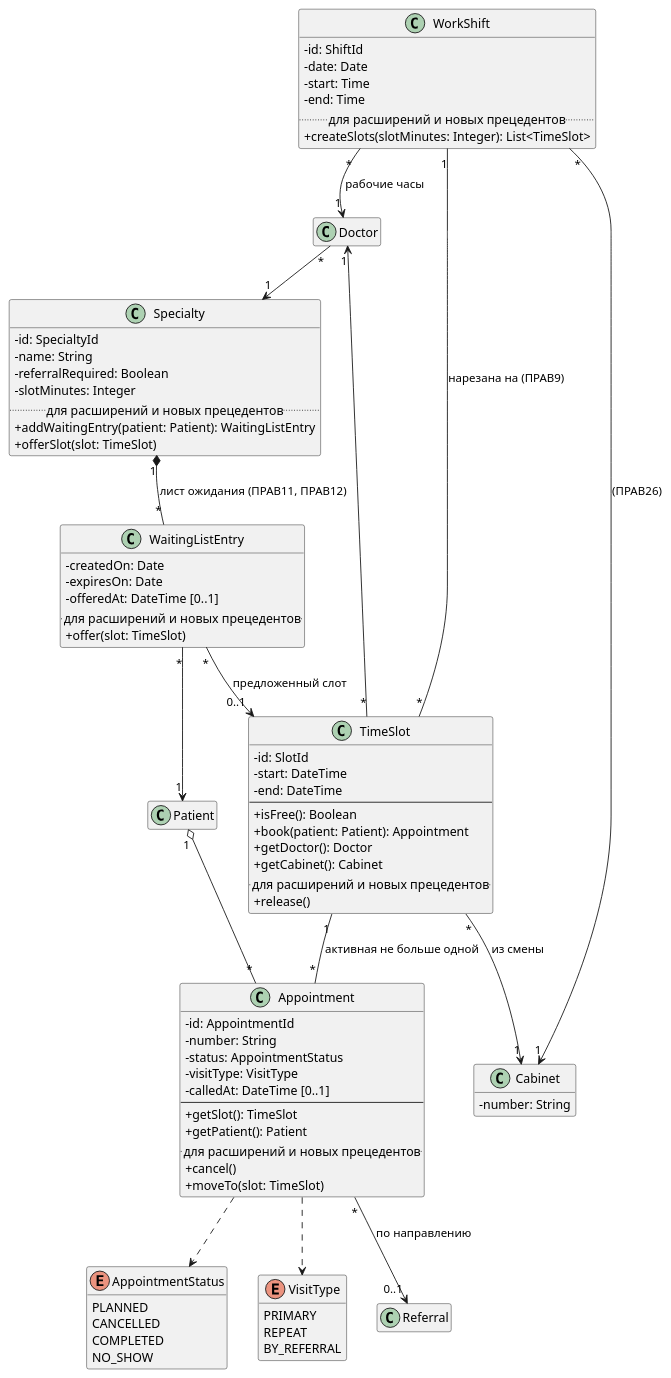
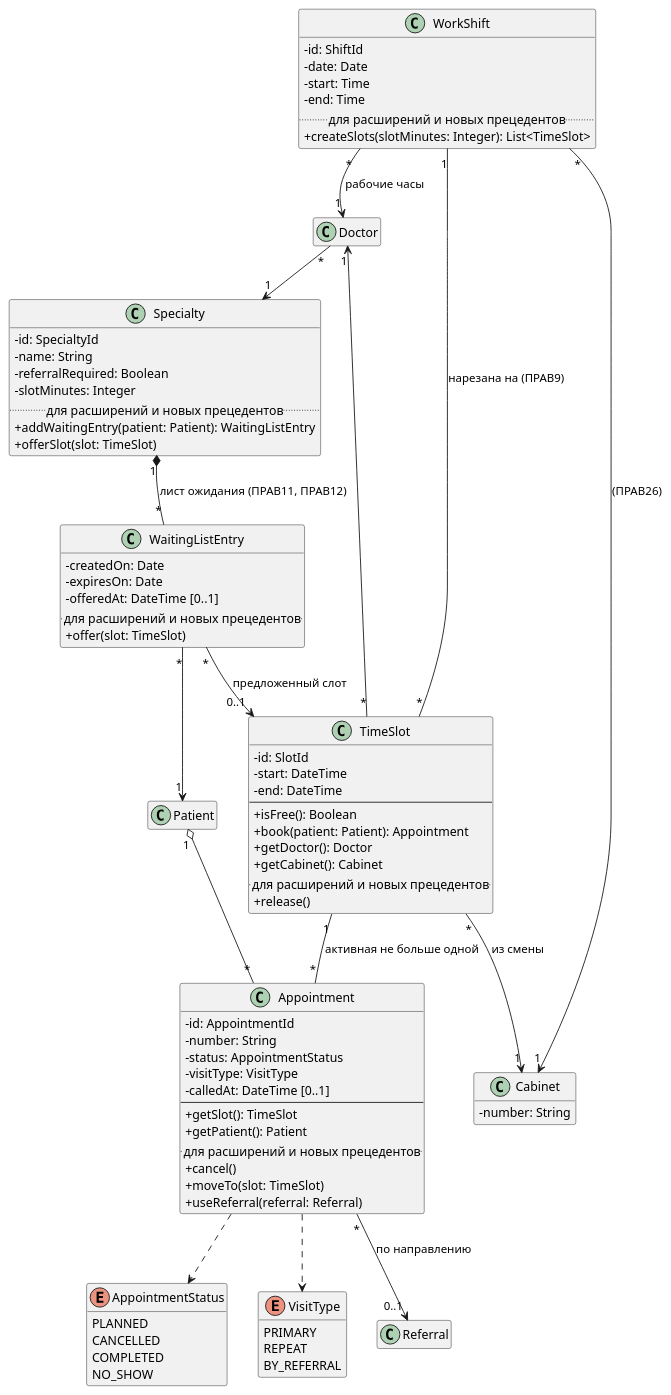
Before and after one commit to penamarth/bsbo-11-24_team3_var3_clinic: the fifth of 8 diagrams in Диаграмма классов.md, drawn with PlantUML. The commit also changed other lines of this file and 3 other files, not shown here.

```diff
--- a/Диаграмма классов.md
+++ b/Диаграмма классов.md
@@ -335,6 +335,7 @@
   .. для расширений и новых прецедентов ..
   + cancel()
   + moveTo(slot: TimeSlot)
+  + useReferral(referral: Referral)
 }
 enum AppointmentStatus {
   PLANNED
```
